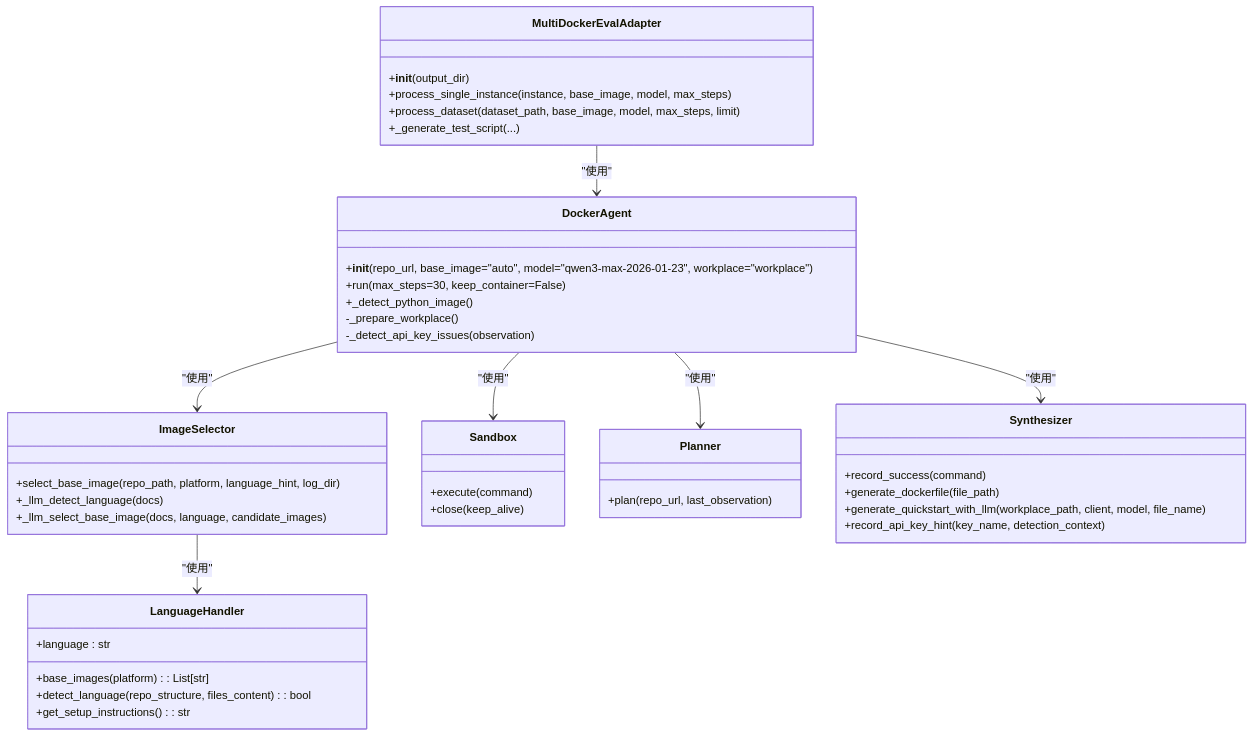
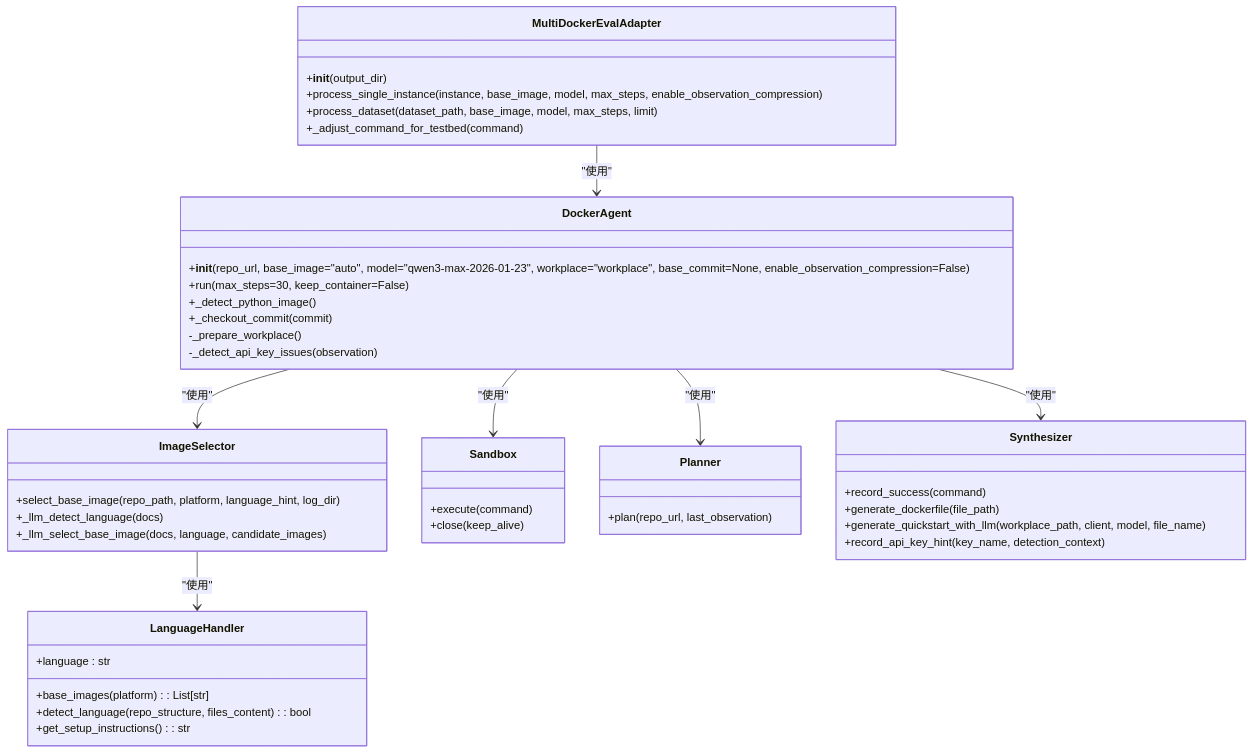
Before and after one commit to Jayint/Jayint-repo: the third of 3 diagrams in .qoder/repowiki/zh/content/API 参考/DockerAgent 类 API.md, drawn with Mermaid. The commit also changed other lines of this file and 168 other files, not shown here.

````diff
--- a/.qoder/repowiki/zh/content/API 参考/DockerAgent 类 API.md
+++ b/.qoder/repowiki/zh/content/API 参考/DockerAgent 类 API.md
@@ -372,46 +401,47 @@
 ```mermaid
 classDiagram
 class DockerAgent {
-+__init__(repo_url, base_image="auto", model="qwen3-max-2026-01-23", workplace="workplace")
++__init__(repo_url, base_image="auto", model="qwen3-max-2026-01-23", workplace="workplace", base_commit=None, enable_observation_compression=False)
 +run(max_steps=30, keep_container=False)
 +_detect_python_image()
++_checkout_commit(commit)
 -_prepare_workplace()
 -_detect_api_key_issues(observation)
 }
 class ImageSelector {
 +select_base_image(repo_path, platform, language_hint, log_dir)
 +_llm_detect_language(docs)
 +_llm_select_base_image(docs, language, candidate_images)
 }
 class LanguageHandler {
 +language : str
 +base_images(platform) : List[str]
 +detect_language(repo_structure, files_content) : bool
 +get_setup_instructions() : str
 }
 class MultiDockerEvalAdapter {
 +__init__(output_dir)
-+process_single_instance(instance, base_image, model, max_steps)
++process_single_instance(instance, base_image, model, max_steps, enable_observation_compression)
 +process_dataset(dataset_path, base_image, model, max_steps, limit)
-+_generate_test_script(...)
++_adjust_command_for_testbed(command)
 }
 class Sandbox {
 +execute(command)
 +close(keep_alive)
 }
 class Planner {
 +plan(repo_url, last_observation)
 }
 class Synthesizer {
 +record_success(command)
 +generate_dockerfile(file_path)
 +generate_quickstart_with_llm(workplace_path, client, model, file_name)
 +record_api_key_hint(key_name, detection_context)
 }
 DockerAgent --> Sandbox : "使用"
 DockerAgent --> Planner : "使用"
 DockerAgent --> Synthesizer : "使用"
 DockerAgent --> ImageSelector : "使用"
 ImageSelector --> LanguageHandler : "使用"
 MultiDockerEvalAdapter --> DockerAgent : "使用"
 ```
````
